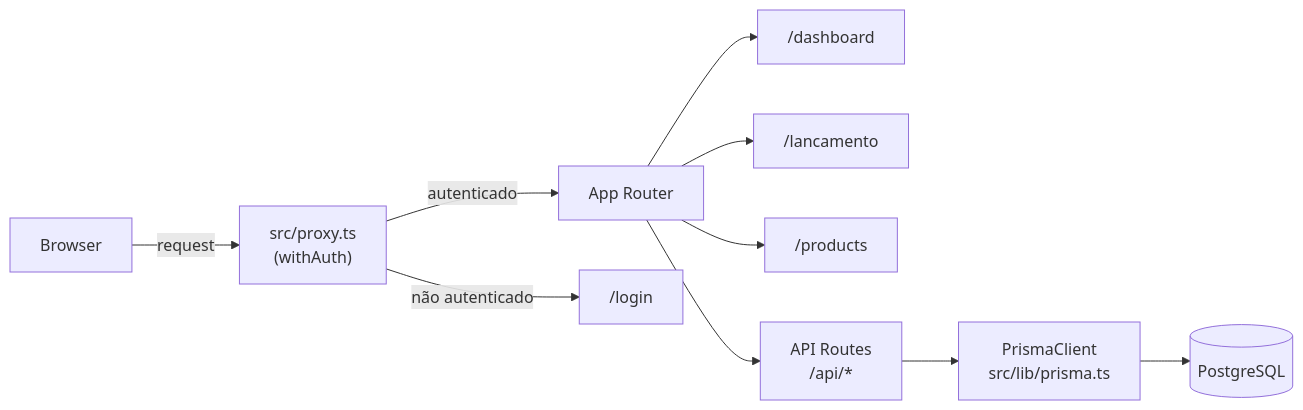
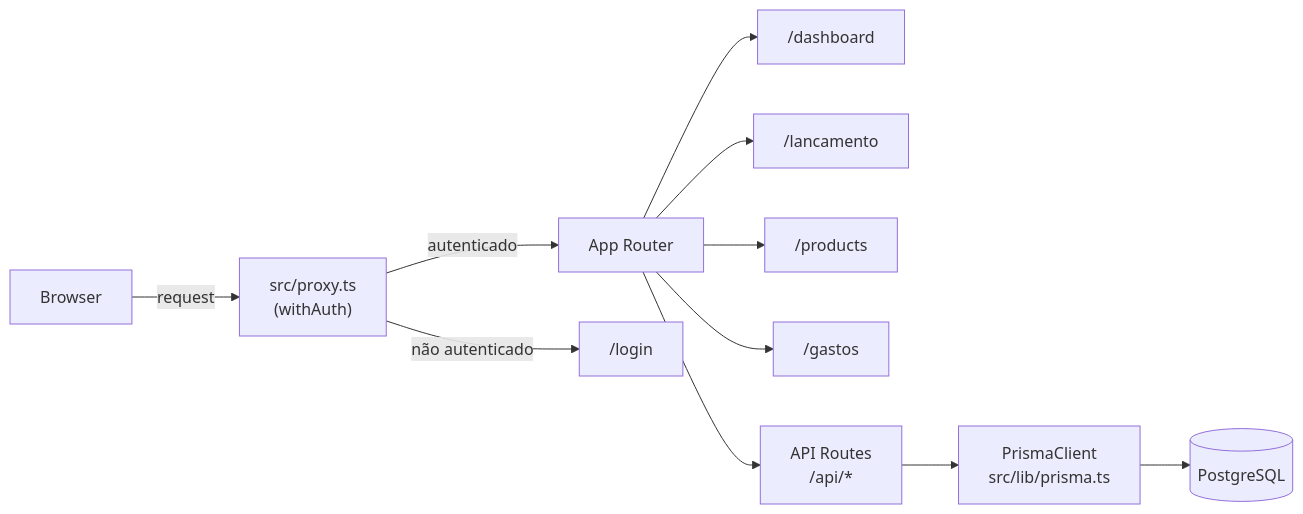
Before and after one commit to fSantosLima/tico-lanches: the first of 3 diagrams in README.md, drawn with Mermaid. The commit also changed other lines of this file and 3 other files, not shown here.

````diff
--- a/README.md
+++ b/README.md
@@ -83,12 +84,13 @@
 ```mermaid
 flowchart LR
     Browser -->|request| Proxy["src/proxy.ts\n(withAuth)"]
     Proxy -->|autenticado| AppRouter["App Router"]
     Proxy -->|não autenticado| Login["/login"]
     AppRouter --> Dashboard["/dashboard"]
     AppRouter --> Lancamento["/lancamento"]
     AppRouter --> Products["/products"]
+    AppRouter --> Gastos["/gastos"]
     AppRouter --> API["API Routes\n/api/*"]
     API --> Prisma["PrismaClient\nsrc/lib/prisma.ts"]
     Prisma --> DB[("PostgreSQL")]
 ```
````
